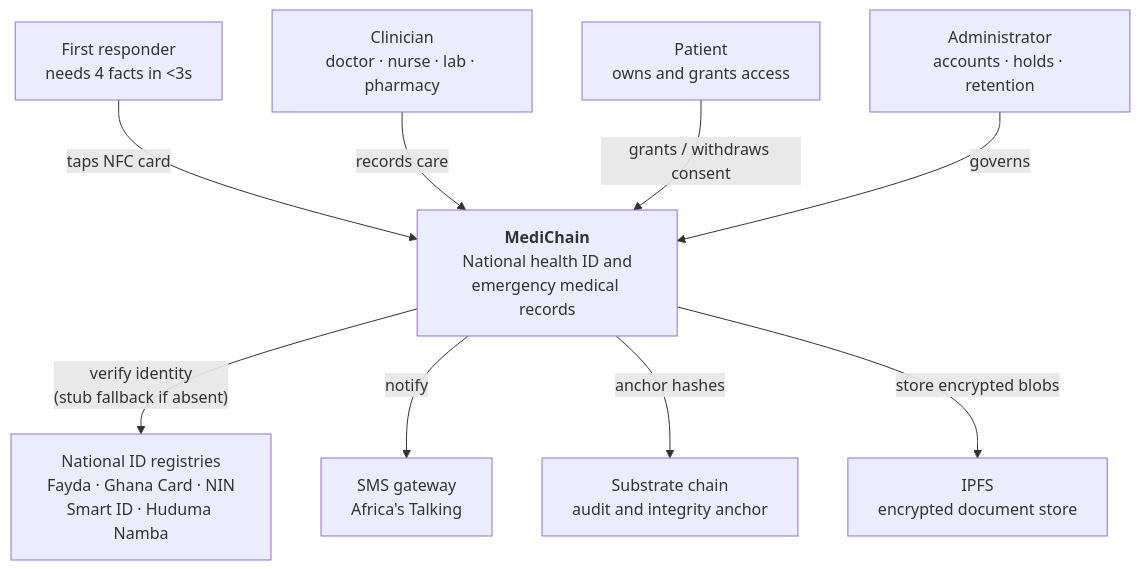
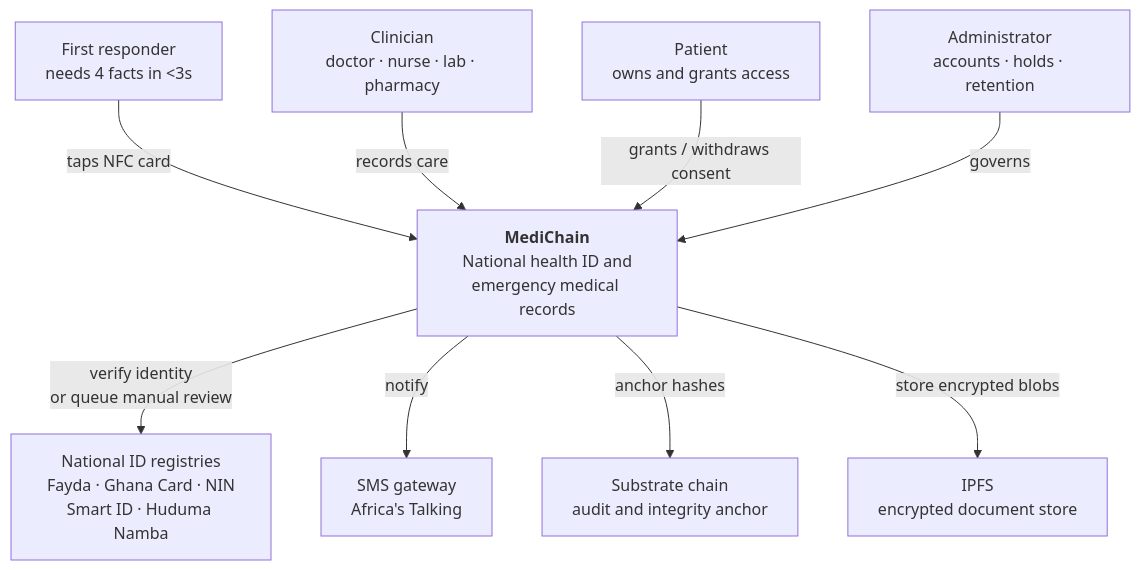
One commit to Lukau-Tech-Invasion/medichain changed the first of 9 diagrams in docs/architecture.md. Above: the diagram before and after it, drawn with Mermaid. The commit also changed other lines of this file and 7 other files, not shown here.

````diff
--- a/docs/architecture.md
+++ b/docs/architecture.md
@@ -38,24 +38,24 @@
 ```mermaid
 graph TB
     PARAMEDIC["First responder<br/>needs 4 facts in &lt;3s"]
     CLINICIAN["Clinician<br/>doctor · nurse · lab · pharmacy"]
     PATIENT["Patient<br/>owns and grants access"]
     ADMIN["Administrator<br/>accounts · holds · retention"]
 
     MC["<b>MediChain</b><br/>National health ID and<br/>emergency medical records"]
 
     NID["National ID registries<br/>Fayda · Ghana Card · NIN<br/>Smart ID · Huduma Namba"]
     SMS["SMS gateway<br/>Africa's Talking"]
     CHAIN["Substrate chain<br/>audit and integrity anchor"]
     IPFS["IPFS<br/>encrypted document store"]
 
     PARAMEDIC -->|"taps NFC card"| MC
     CLINICIAN -->|"records care"| MC
     PATIENT -->|"grants / withdraws consent"| MC
     ADMIN -->|"governs"| MC
 
-    MC -->|"verify identity<br/>(stub fallback if absent)"| NID
+    MC -->|"verify identity<br/>or queue manual review"| NID
     MC -->|"notify"| SMS
     MC -->|"anchor hashes"| CHAIN
     MC -->|"store encrypted blobs"| IPFS
 ```
````
